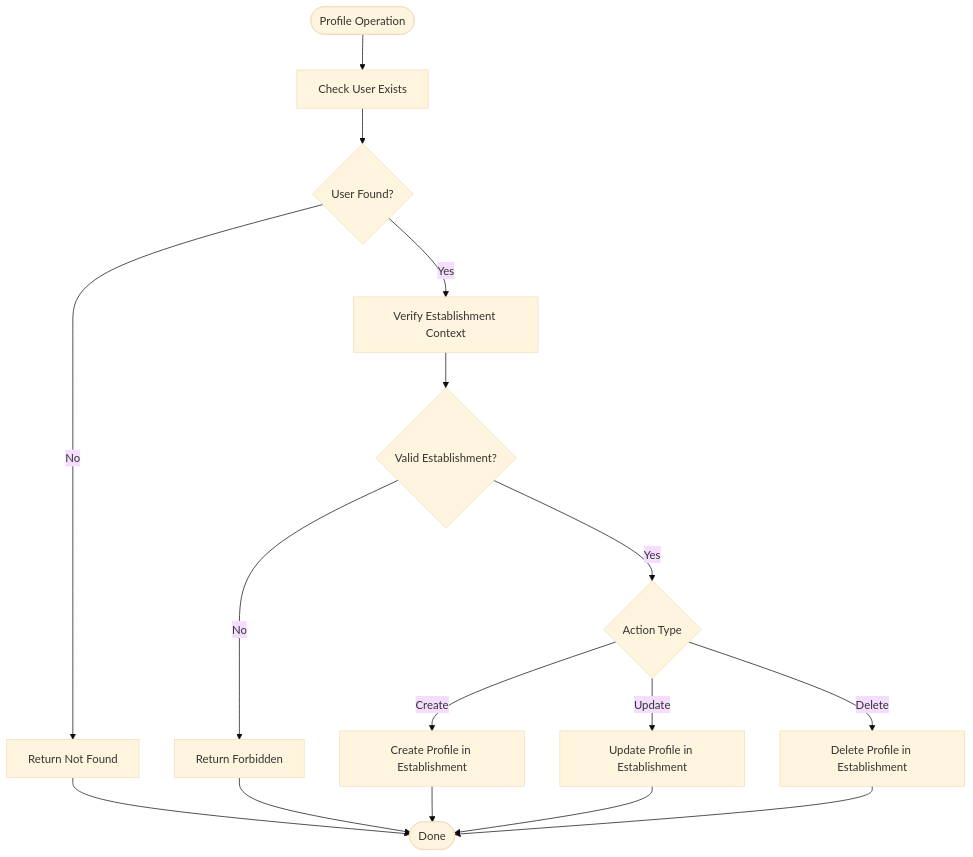
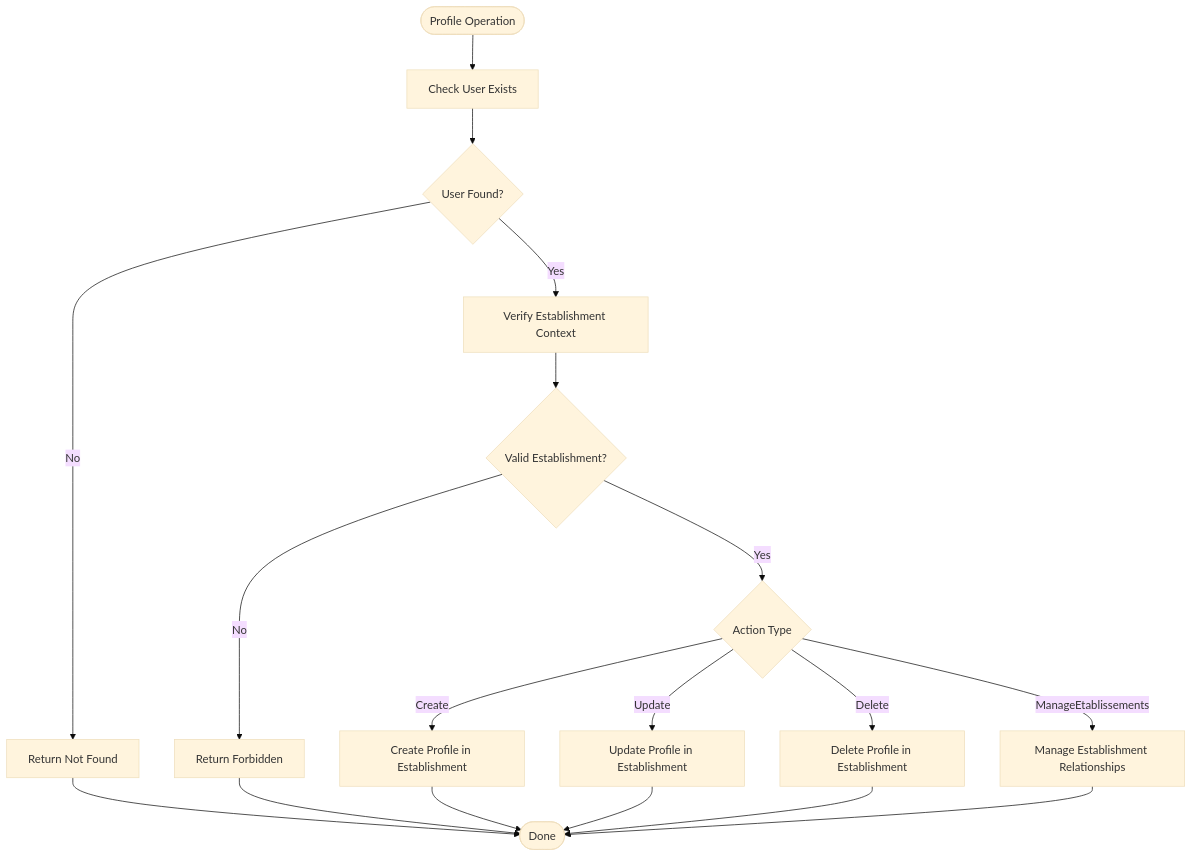
Before and after one commit to franckylab/eLISAschool: the sixth of 8 diagrams in .qoder/repowiki/en/content/Backend API Documentation/User Management API.md, drawn with Mermaid (base theme). The commit also changed other lines of this file and 75 other files, not shown here.

````diff
--- a/.qoder/repowiki/en/content/Backend API Documentation/User Management API.md
+++ b/.qoder/repowiki/en/content/Backend API Documentation/User Management API.md
@@ -454,18 +690,20 @@
 ```mermaid
 flowchart TD
 Start(["Profile Operation"]) --> CheckUser["Check User Exists"]
 CheckUser --> Exists{"User Found?"}
 Exists --> |No| Error["Return Not Found"]
 Exists --> |Yes| CheckEstablishment["Verify Establishment Context"]
 CheckEstablishment --> Valid{"Valid Establishment?"}
 Valid --> |No| Forbidden["Return Forbidden"]
 Valid --> |Yes| Action{"Action Type"}
 Action --> |Create| CreateProfile["Create Profile in Establishment"]
 Action --> |Update| UpdateProfile["Update Profile in Establishment"]
 Action --> |Delete| DeleteProfile["Delete Profile in Establishment"]
+Action --> |ManageEtablissements| ManageEtablissements["Manage Establishment Relationships"]
 CreateProfile --> Done(["Done"])
 UpdateProfile --> Done
 DeleteProfile --> Done
+ManageEtablissements --> Done
 Error --> Done
 Forbidden --> Done
 ```
````
